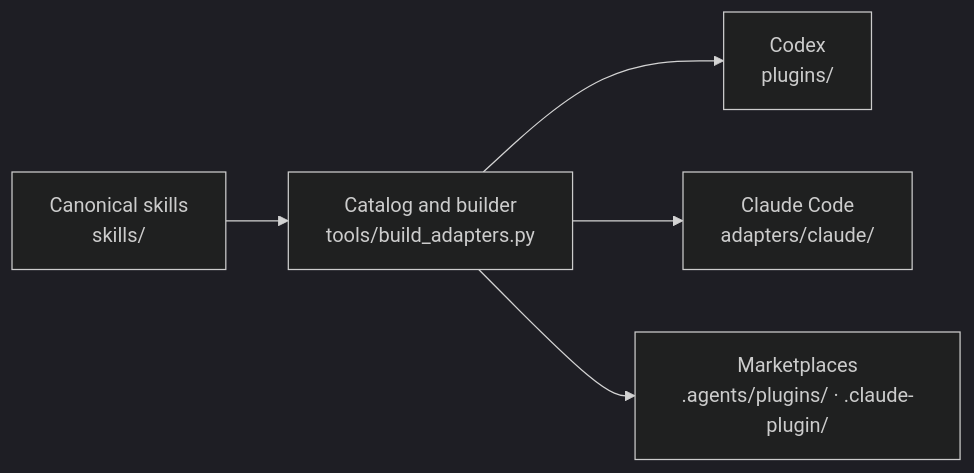
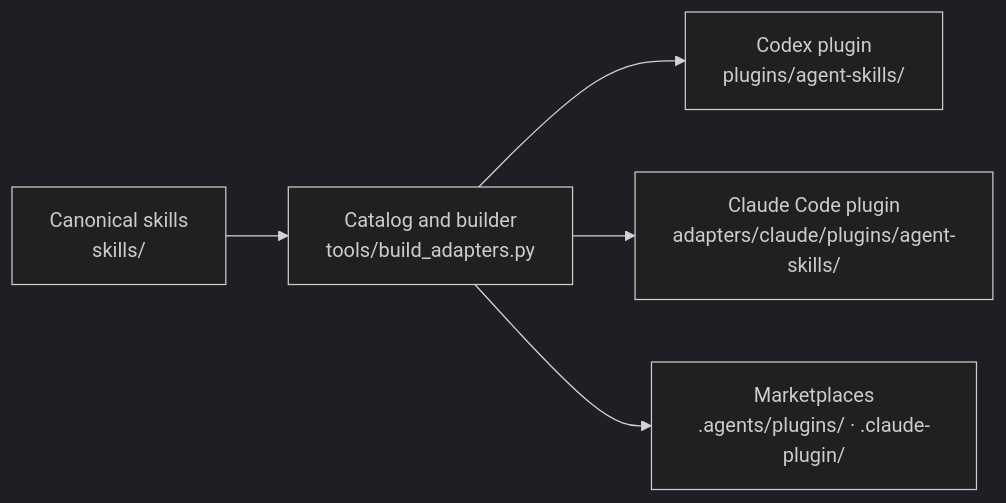
The diagram in README.md (Statusnone420/agent-skills), drawn with Mermaid (dark theme) before and after one commit. The commit also changed other lines of this file and 181 other files, not shown here.

First line of the commit message:
Ship one agent-skills suite with nine trigger-based skills

````diff
--- a/README.md
+++ b/README.md
@@ -43,7 +81,7 @@
 ```mermaid
 flowchart LR
     S["Canonical skills<br/>skills/"] --> B["Catalog and builder<br/>tools/build_adapters.py"]
-    B --> C["Codex<br/>plugins/"]
-    B --> A["Claude Code<br/>adapters/claude/"]
+    B --> C["Codex plugin<br/>plugins/agent-skills/"]
+    B --> A["Claude Code plugin<br/>adapters/claude/plugins/agent-skills/"]
     B --> M["Marketplaces<br/>.agents/plugins/ · .claude-plugin/"]
 ```
````
